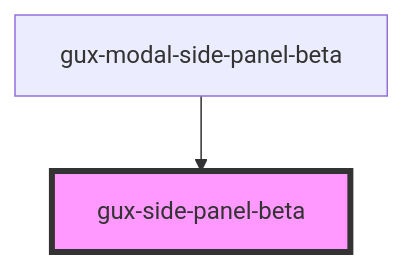
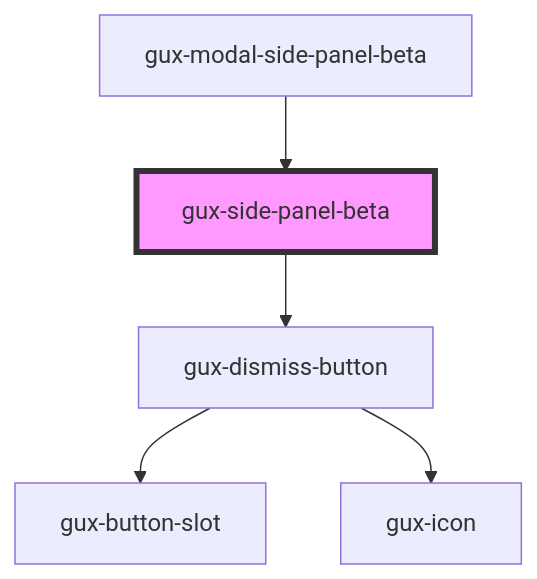
The diagram in packages/genesys-spark-components/src/components/beta/gux-side-panel/readme.md (MyPureCloud/genesys-spark), drawn with Mermaid before and after one commit. The commit also changed other lines of this file and 3 other files, not shown here.

First line of the commit message:
chore(side-panel-beta): Fixed readmes

````diff
--- a/packages/genesys-spark-components/src/components/beta/gux-side-panel/readme.md
+++ b/packages/genesys-spark-components/src/components/beta/gux-side-panel/readme.md
@@ -30,5 +42,8 @@
 ```mermaid
 graph TD;
+  gux-side-panel-beta --> gux-dismiss-button
+  gux-dismiss-button --> gux-button-slot
+  gux-dismiss-button --> gux-icon
   gux-modal-side-panel-beta --> gux-side-panel-beta
   style gux-side-panel-beta fill:#f9f,stroke:#333,stroke-width:4px
 ```
````
